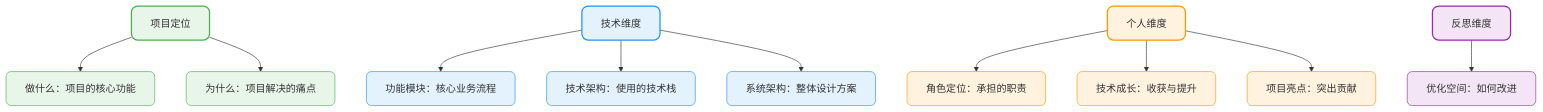
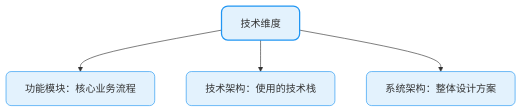
Before and after one commit to Dez30/javaup: the second of 6 diagrams in docs/01-Java/01-面试技巧/02.项目介绍与技术面试准备.md, drawn with Mermaid. The commit also changed other lines of this file and 2 other files, not shown here.

````diff
--- a/docs/01-Java/01-面试技巧/02.项目介绍与技术面试准备.md
+++ b/docs/01-Java/01-面试技巧/02.项目介绍与技术面试准备.md
@@ -15,29 +27,11 @@
 ```mermaid
 graph TB
-    A[项目定位] --> B[做什么：项目的核心功能]
-    A --> C[为什么：项目解决的痛点]
-    
     D[技术维度] --> E[功能模块：核心业务流程]
     D --> F[技术架构：使用的技术栈]
     D --> G[系统架构：整体设计方案]
     
-    H[个人维度] --> I[角色定位：承担的职责]
-    H --> J[技术成长：收获与提升]
-    H --> K[项目亮点：突出贡献]
-    
-    L[反思维度] --> M[优化空间：如何改进]
-    
-    style A fill:#E8F5E9,stroke:#4CAF50,stroke-width:2px,rx:10
     style D fill:#E3F2FD,stroke:#2196F3,stroke-width:2px,rx:10
-    style H fill:#FFF3E0,stroke:#FF9800,stroke-width:2px,rx:10
-    style L fill:#F3E5F5,stroke:#9C27B0,stroke-width:2px,rx:10
-    style B fill:#E8F5E9,stroke:#4CAF50,stroke-width:1px,rx:8
-    style C fill:#E8F5E9,stroke:#4CAF50,stroke-width:1px,rx:8
     style E fill:#E3F2FD,stroke:#2196F3,stroke-width:1px,rx:8
     style F fill:#E3F2FD,stroke:#2196F3,stroke-width:1px,rx:8
     style G fill:#E3F2FD,stroke:#2196F3,stroke-width:1px,rx:8
-    style I fill:#FFF3E0,stroke:#FF9800,stroke-width:1px,rx:8
-    style J fill:#FFF3E0,stroke:#FF9800,stroke-width:1px,rx:8
-    style K fill:#FFF3E0,stroke:#FF9800,stroke-width:1px,rx:8
-    style M fill:#F3E5F5,stroke:#9C27B0,stroke-width:1px,rx:8
 ```
````
